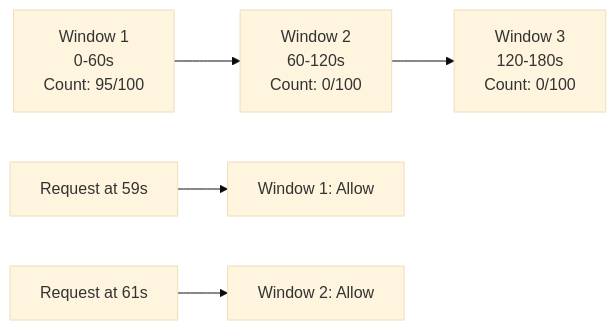
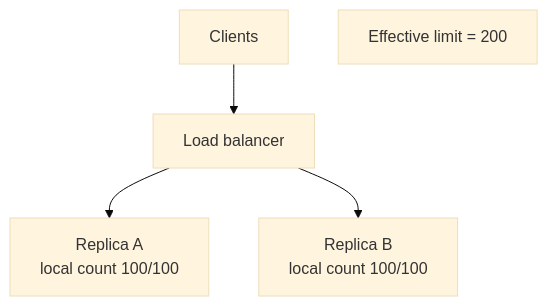
Before and after one commit to mohllal/system-design-interview-prep: the third of 3 diagrams in fundamentals/30-rate-limiting.md, drawn with Mermaid (base theme). The commit also changed other lines of this file, not shown here.

````diff
--- a/fundamentals/30-rate-limiting.md
+++ b/fundamentals/30-rate-limiting.md
@@ -107,8 +414,7 @@
 ```mermaid
-graph LR
-    A[Window 1<br/>0-60s<br/>Count: 95/100] --> B[Window 2<br/>60-120s<br/>Count: 0/100]
-    B --> C[Window 3<br/>120-180s<br/>Count: 0/100]
-    
-    D[Request at 59s] --> E[Window 1: Allow]
-    F[Request at 61s] --> G[Window 2: Allow]
+graph TD
+    C[Clients] --> LB[Load balancer]
+    LB --> A[Replica A<br/>local count 100/100]
+    LB --> B[Replica B<br/>local count 100/100]
+    Note[Effective limit = 200]
 ```
````
